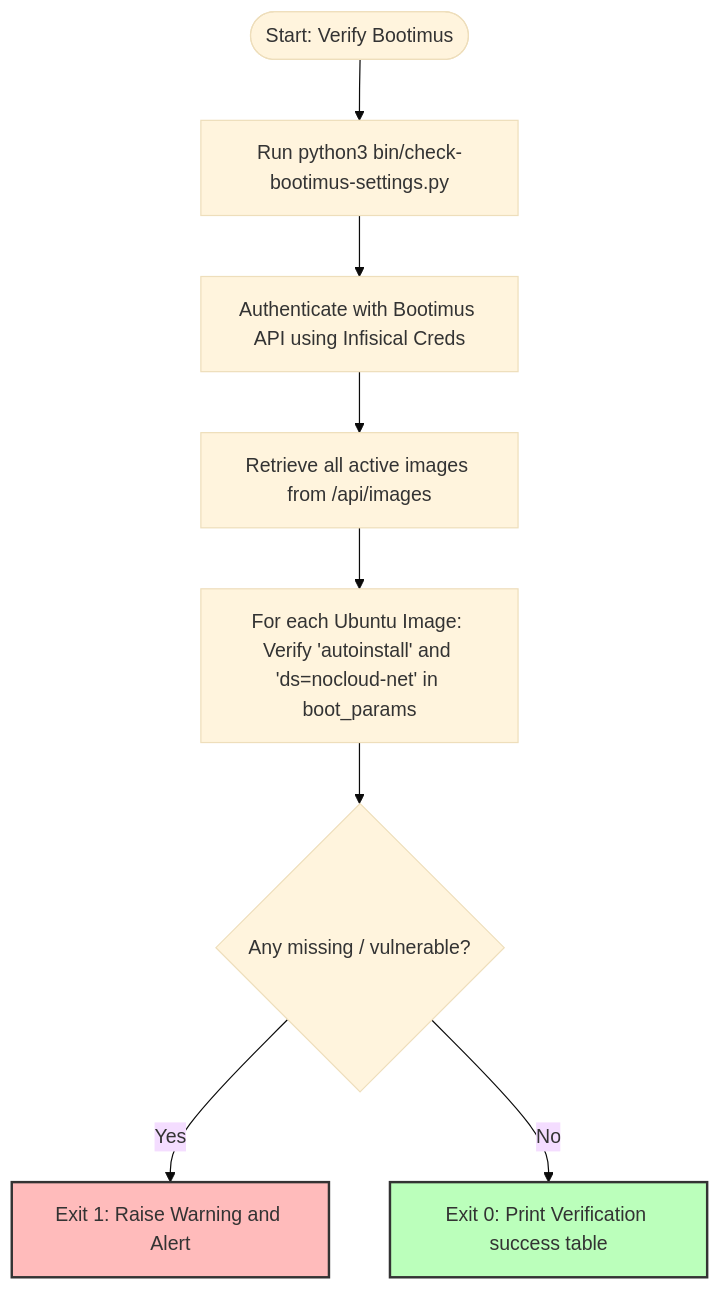
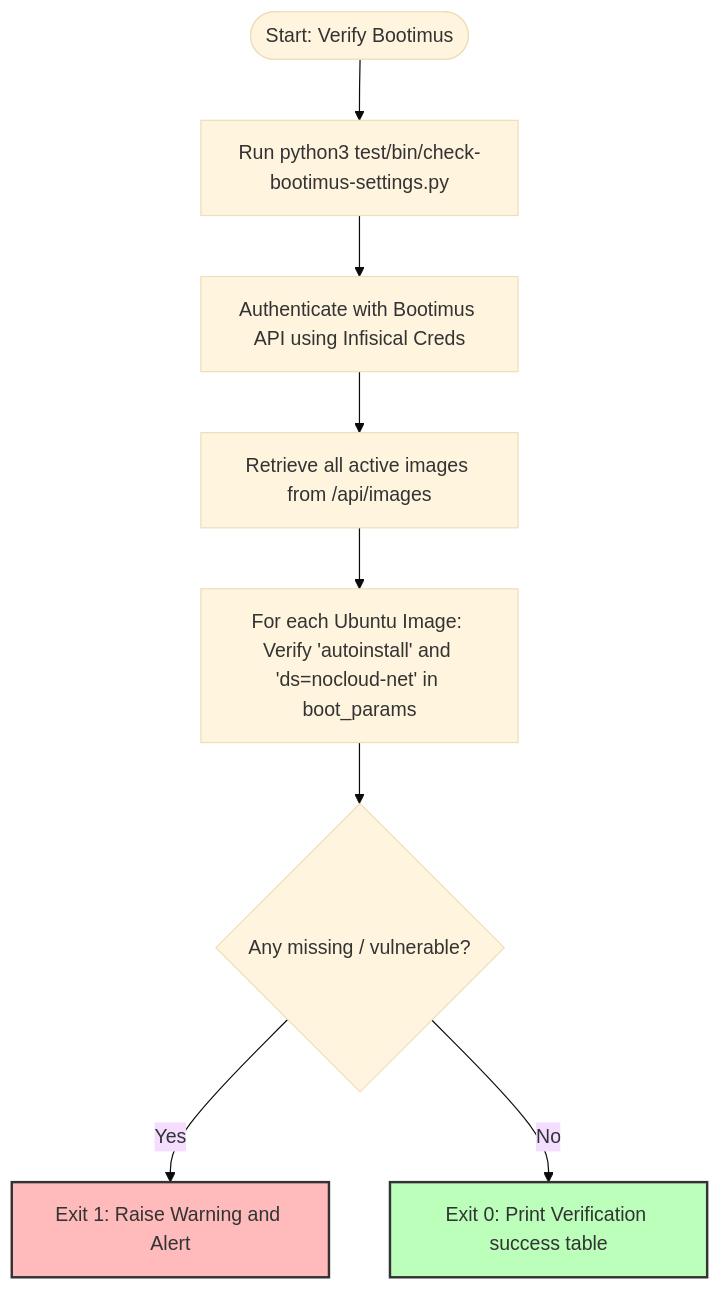
One commit to mike-ensor/gdc-disk-provisioner-gh changed the third of 3 diagrams in docs/DEVELOPMENT.md. Above: the diagram before and after it, drawn with Mermaid (base theme). The commit also changed other lines of this file and 58 other files, not shown here.

````diff
--- a/docs/DEVELOPMENT.md
+++ b/docs/DEVELOPMENT.md
@@ -186,13 +186,13 @@
 ```mermaid
 graph TD
-    Start([Start: Verify Bootimus]) --> Step1[Run python3 bin/check-bootimus-settings.py]
+    Start([Start: Verify Bootimus]) --> Step1[Run python3 test/bin/check-bootimus-settings.py]
     Step1 --> Step2[Authenticate with Bootimus API using Infisical Creds]
     Step2 --> Step3[Retrieve all active images from /api/images]
     Step3 --> Step4[For each Ubuntu Image: Verify 'autoinstall' and 'ds=nocloud-net' in boot_params]
     Step4 --> Decision{Any missing / vulnerable?}
     Decision -- Yes --> Fail[Exit 1: Raise Warning and Alert]
     Decision -- No --> Success[Exit 0: Print Verification success table]
 
     style Success fill:#bfb,stroke:#333,stroke-width:2px
     style Fail fill:#fbb,stroke:#333,stroke-width:2px
 ```
````
